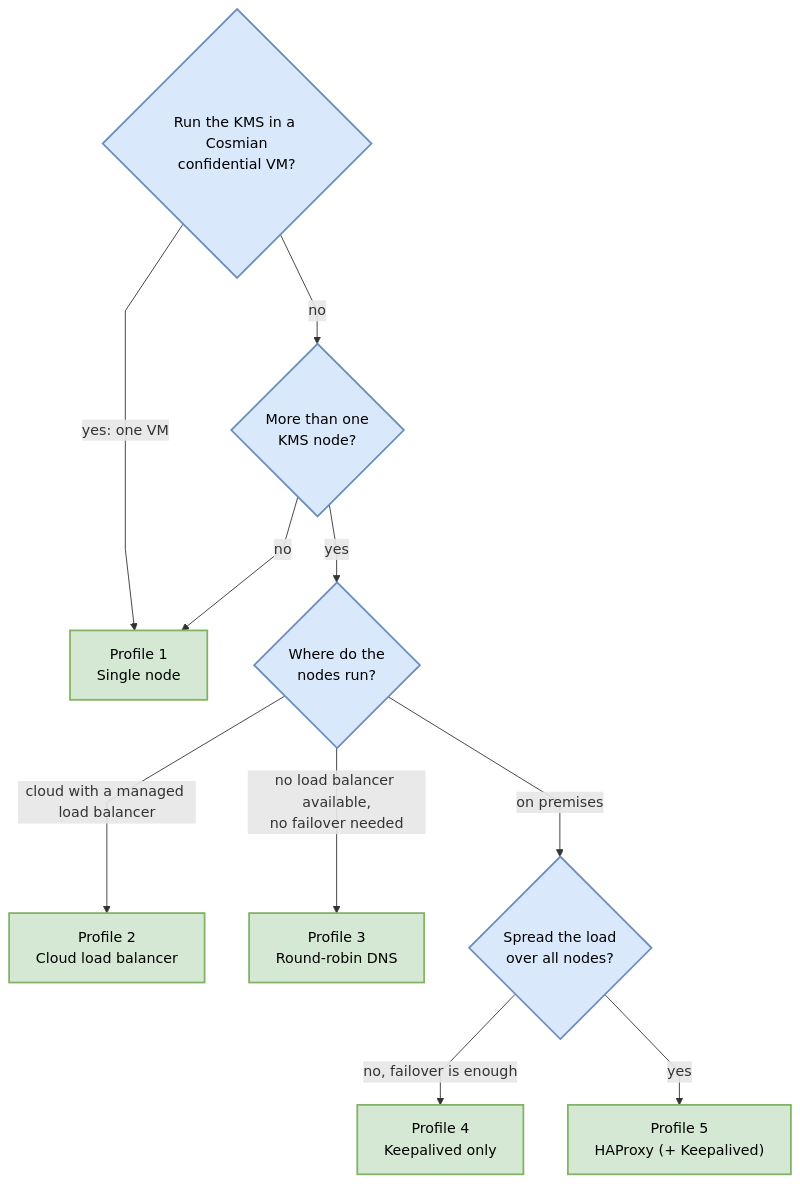
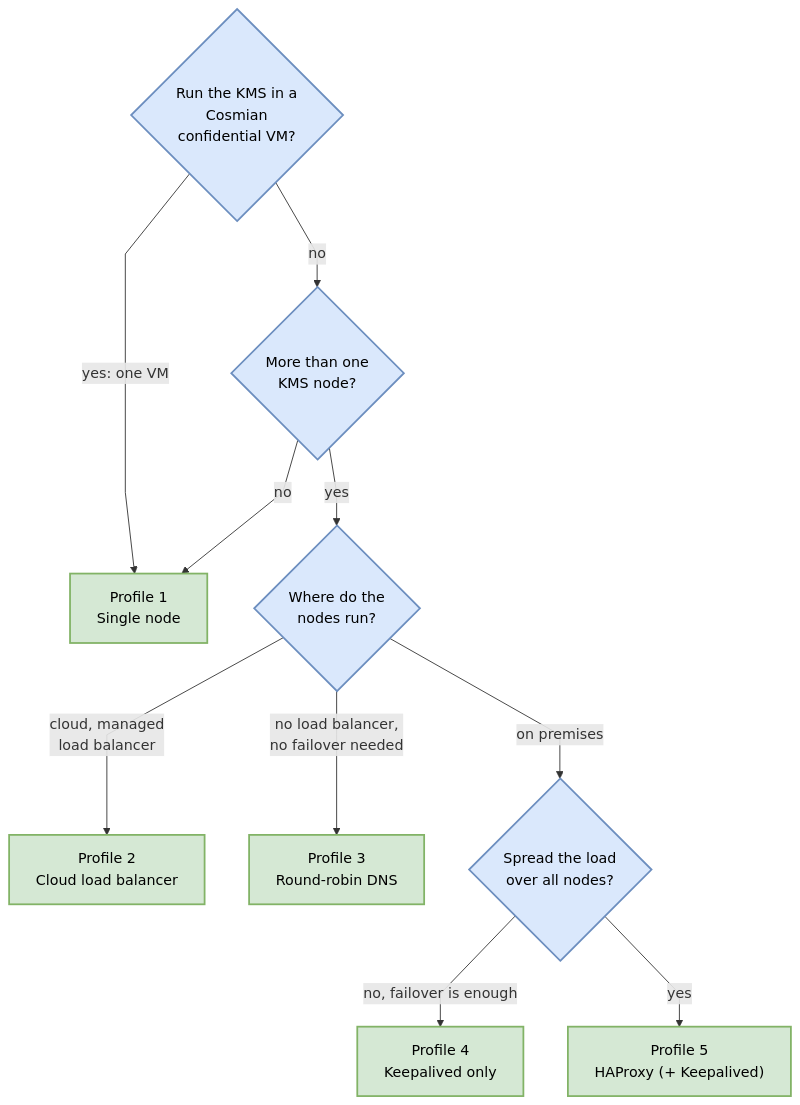
The second of 4 diagrams in documentation/docs/installation/high_availability_mode.md (Cosmian/kms), drawn with Mermaid before and after one commit. The commit also changed other lines of this file and 2 other files, not shown here.

First line of the commit message:
docs: wrap the Mermaid labels to the repository width limits (#1366)

````diff
--- a/documentation/docs/installation/high_availability_mode.md
+++ b/documentation/docs/installation/high_availability_mode.md
@@ -52,27 +52,27 @@
 ```mermaid
 %%{init: {"flowchart": {"curve": "linear"}}}%%
 flowchart TD
     classDef question fill:#dae8fc,stroke:#6c8ebf,stroke-width:2px,color:#000
     classDef profile fill:#d5e8d4,stroke:#82b366,stroke-width:2px,color:#000
 
-    vm{"Run the KMS in a Cosmian<br/>confidential VM?"}:::question
+    vm{"Run the KMS in a<br/>Cosmian<br/>confidential VM?"}:::question
     start{"More than one<br/>KMS node?"}:::question
     where{"Where do the<br/>nodes run?"}:::question
     spread{"Spread the load<br/>over all nodes?"}:::question
 
     p1["Profile 1<br/>Single node"]:::profile
     p2["Profile 2<br/>Cloud load balancer"]:::profile
     p3["Profile 3<br/>Round-robin DNS"]:::profile
     p4["Profile 4<br/>Keepalived only"]:::profile
     p5["Profile 5<br/>HAProxy (+ Keepalived)"]:::profile
 
     vm -->|yes: one VM| p1
     vm -->|no| start
     start -->|no| p1
     start -->|yes| where
-    where -->|cloud with a managed load balancer| p2
-    where -->|no load balancer available,<br/>no failover needed| p3
+    where -->|cloud, managed<br/>load balancer| p2
+    where -->|no load balancer,<br/>no failover needed| p3
     where -->|on premises| spread
     spread -->|no, failover is enough| p4
     spread -->|yes| p5
 ```
````
